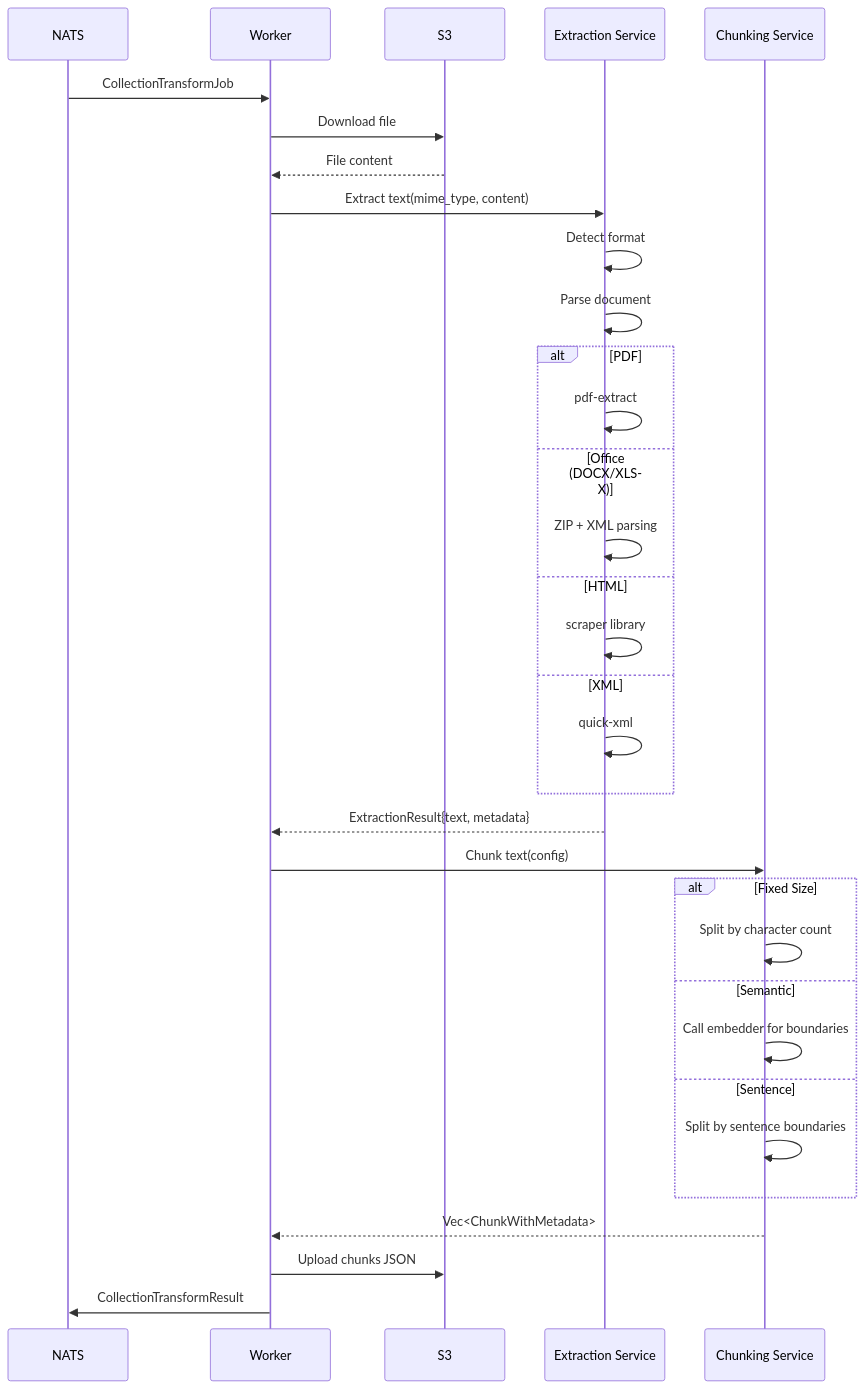
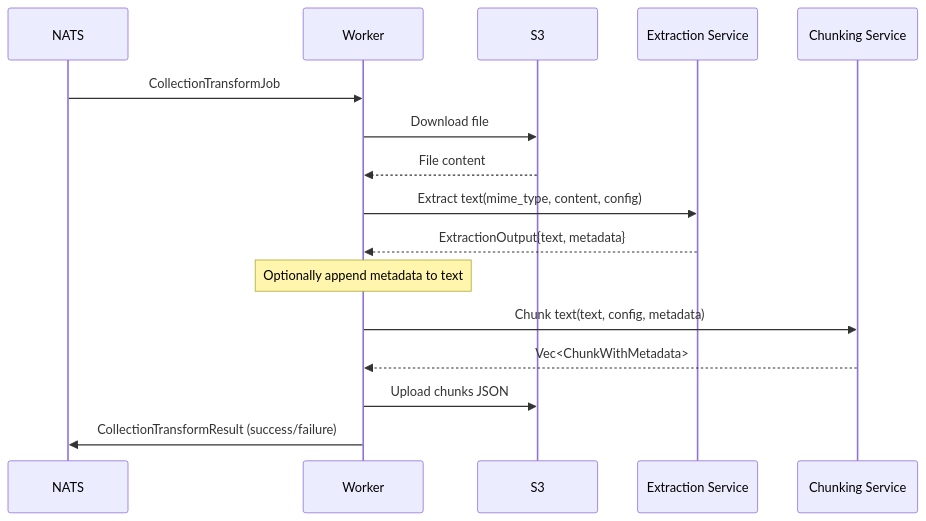
Before and after one commit to FishySoftware/semantic-explorer: the diagram in crates/worker-collections/README.md, drawn with Mermaid. The commit also changed other lines of this file and 39 other files, not shown here.

````diff
--- a/crates/worker-collections/README.md
+++ b/crates/worker-collections/README.md
@@ -483,43 +375,23 @@
 ```mermaid
 sequenceDiagram
     participant NATS
     participant Worker
     participant S3
     participant Extract as Extraction Service
     participant Chunk as Chunking Service
 
     NATS->>Worker: CollectionTransformJob
     Worker->>S3: Download file
     S3-->>Worker: File content
 
-    Worker->>Extract: Extract text(mime_type, content)
-    Extract->>Extract: Detect format
-    Extract->>Extract: Parse document
+    Worker->>Extract: Extract text(mime_type, content, config)
+    Extract-->>Worker: ExtractionOutput{text, metadata}
 
-    alt PDF
-        Extract->>Extract: pdf-extract
-    else Office (DOCX/XLSX)
-        Extract->>Extract: ZIP + XML parsing
-    else HTML
-        Extract->>Extract: scraper library
-    else XML
-        Extract->>Extract: quick-xml
-    end
+    Note over Worker: Optionally append metadata to text
 
-    Extract-->>Worker: ExtractionResult{text, metadata}
-
-    Worker->>Chunk: Chunk text(config)
-
-    alt Fixed Size
-        Chunk->>Chunk: Split by character count
-    else Semantic
-        Chunk->>Chunk: Call embedder for boundaries
-    else Sentence
-        Chunk->>Chunk: Split by sentence boundaries
-    end
-
+    Worker->>Chunk: Chunk text(text, config, metadata)
     Chunk-->>Worker: Vec<ChunkWithMetadata>
 
     Worker->>S3: Upload chunks JSON
-    Worker->>NATS: CollectionTransformResult
+    Worker->>NATS: CollectionTransformResult (success/failure)
 ```
````
